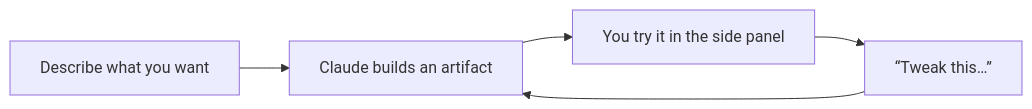
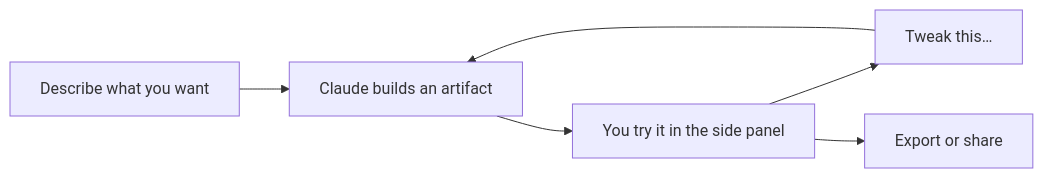
The diagram in docs/claude-app/artifacts.mdx (derob98/ailmanac), drawn with Mermaid before and after one commit. The commit also changed other lines of this file and 3 other files, not shown here.

````diff
--- a/docs/claude-app/artifacts.mdx
+++ b/docs/claude-app/artifacts.mdx
@@ -32,6 +50,7 @@
 ```mermaid
 flowchart LR
   A[Describe what you want] --> B[Claude builds an artifact]
   B --> C[You try it in the side panel]
-  C --> D[“Tweak this…”] --> B
+  C --> D["Tweak this…"] --> B
+  C --> E[Export or share]
 ```
````
